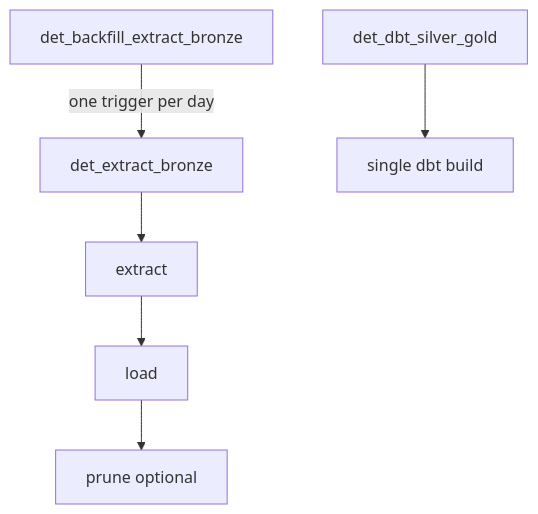
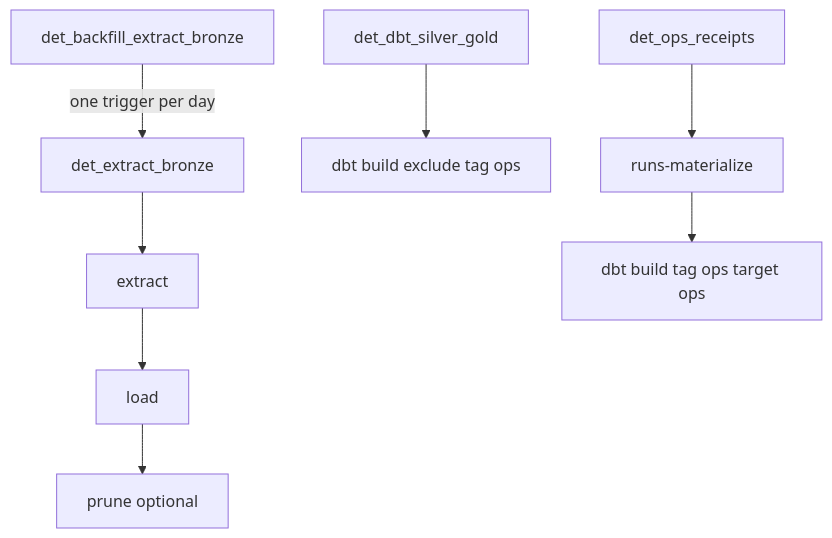
Before and after one commit to codekid/det: the eighth of 8 diagrams in README.md, drawn with Mermaid. The commit also changed other lines of this file and 27 other files, not shown here.

First line of the commit message:
Project run receipts into Iceberg ops with a dedicated dbt target and DAG.

````diff
--- a/README.md
+++ b/README.md
@@ -837,13 +859,17 @@
 ```mermaid
 flowchart TD
   backfill[det_backfill_extract_bronze]
   dag1[det_extract_bronze]
   extract[extract]
   load[load]
   prune[prune optional]
   dag2[det_dbt_silver_gold]
-  dbtBuild[single dbt build]
+  dbtBuild[dbt build exclude tag ops]
+  dag3[det_ops_receipts]
+  materialize[runs-materialize]
+  opsDbt[dbt build tag ops target ops]
   backfill -->|"one trigger per day"| dag1
   dag1 --> extract --> load --> prune
   dag2 --> dbtBuild
+  dag3 --> materialize --> opsDbt
 ```
````
